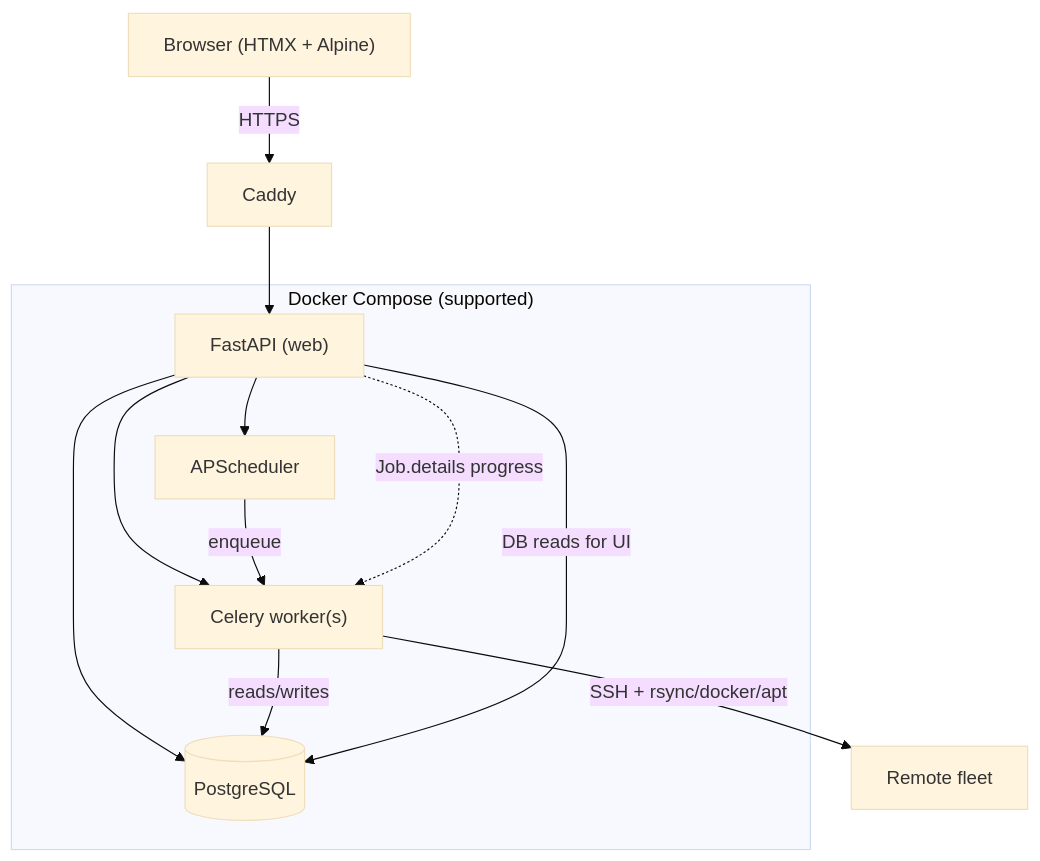
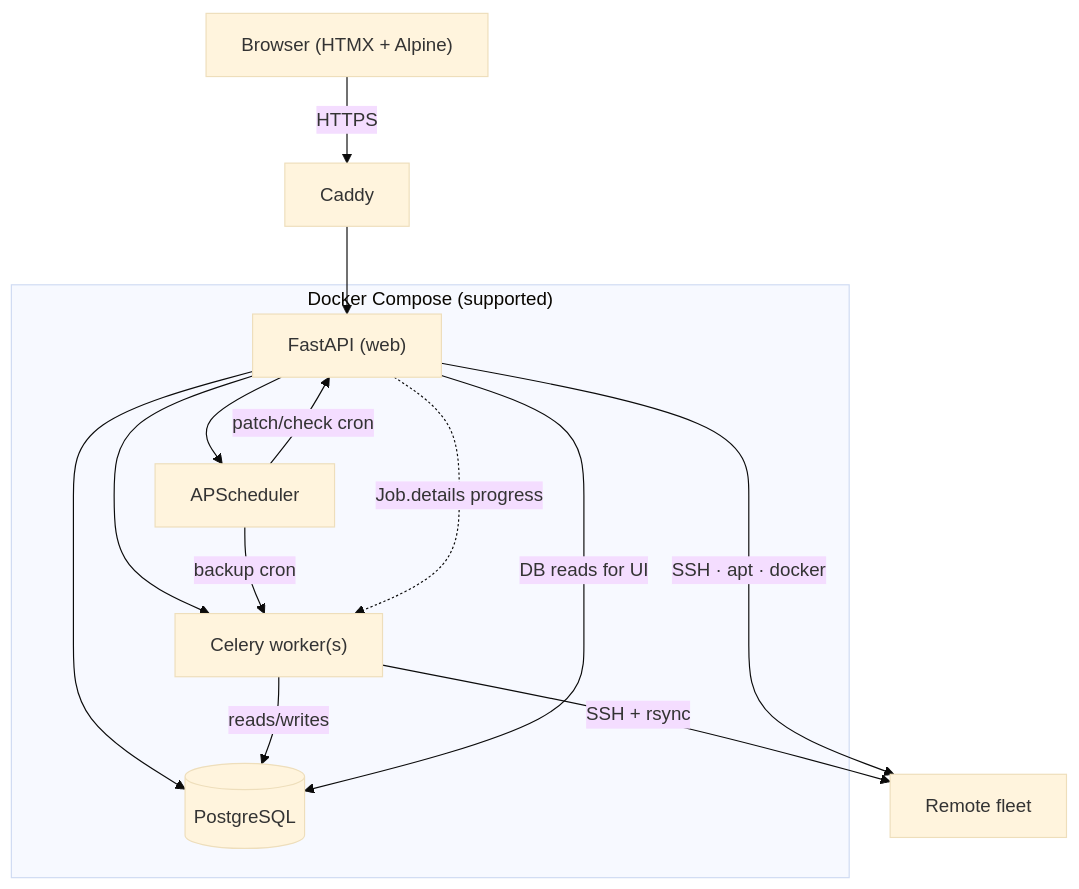
Before and after one commit to bjorngluck/piherder: the diagram in wiki/developers/architecture.md, drawn with Mermaid (base theme). The commit also changed other lines of this file and 23 other files, not shown here.

````diff
--- a/wiki/developers/architecture.md
+++ b/wiki/developers/architecture.md
@@ -3,17 +3,19 @@
 ```mermaid
 flowchart TB
     Browser["Browser (HTMX + Alpine)"] -->|HTTPS| Caddy
     Caddy --> FastAPI["FastAPI (web)"]
 
     subgraph Core["Docker Compose (supported)"]
         FastAPI --> DB[(PostgreSQL)]
         FastAPI --> Scheduler["APScheduler"]
         FastAPI --> Celery["Celery worker(s)"]
     end
 
-    Scheduler -->|enqueue| Celery
+    Scheduler -->|backup cron| Celery
+    Scheduler -->|patch/check cron| FastAPI
     Celery -->|reads/writes| DB
-    Celery -->|SSH + rsync/docker/apt| PiFleet["Remote fleet"]
+    Celery -->|SSH + rsync| PiFleet["Remote fleet"]
+    FastAPI -->|SSH · apt · docker| PiFleet
     FastAPI -->|DB reads for UI| DB
     FastAPI -.->|Job.details progress| Celery
 ```
````
